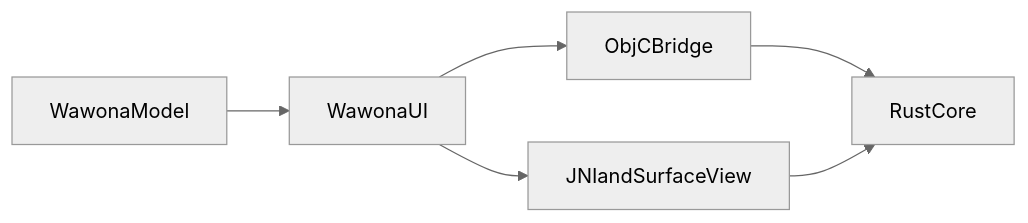
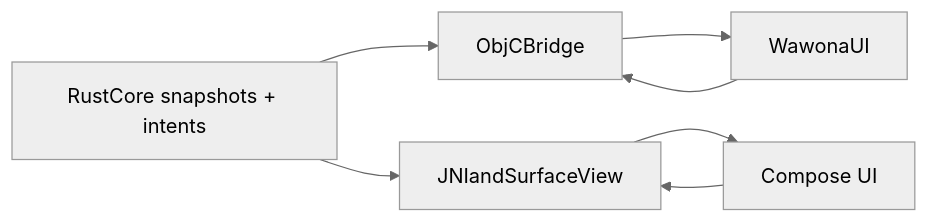
The first of 7 diagrams in docs/2026-ARCHITECTURE-STRUCTURE.md (Wawona/Wawona), drawn with Mermaid (neutral theme) before and after one commit. The commit also changed other lines of this file and 11 other files, not shown here.

````diff
--- a/docs/2026-ARCHITECTURE-STRUCTURE.md
+++ b/docs/2026-ARCHITECTURE-STRUCTURE.md
@@ -26,14 +27,14 @@
 ```mermaid
 flowchart LR
-    WawonaModel[WawonaModel]
+    RustCore[RustCore snapshots + intents]
     WawonaUI[WawonaUI]
     AppleBridge[ObjCBridge]
     AndroidBridge[JNIandSurfaceView]
-    RustCore[RustCore]
 
-    WawonaModel --> WawonaUI
+    RustCore --> AppleBridge
+    RustCore --> AndroidBridge
+    AppleBridge --> WawonaUI
     WawonaUI --> AppleBridge
-    WawonaUI --> AndroidBridge
-    AppleBridge --> RustCore
-    AndroidBridge --> RustCore
+    AndroidBridge --> AndroidUI[Compose UI]
+    AndroidUI --> AndroidBridge
 ```
````
